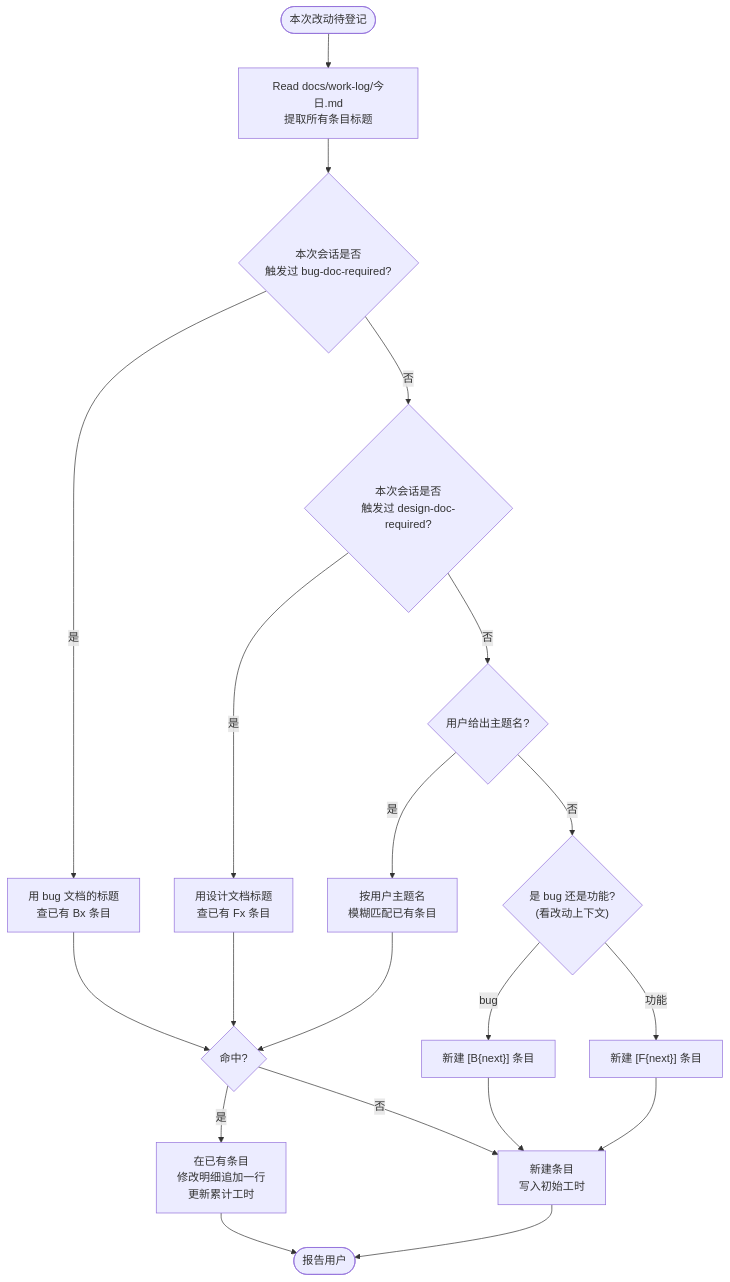
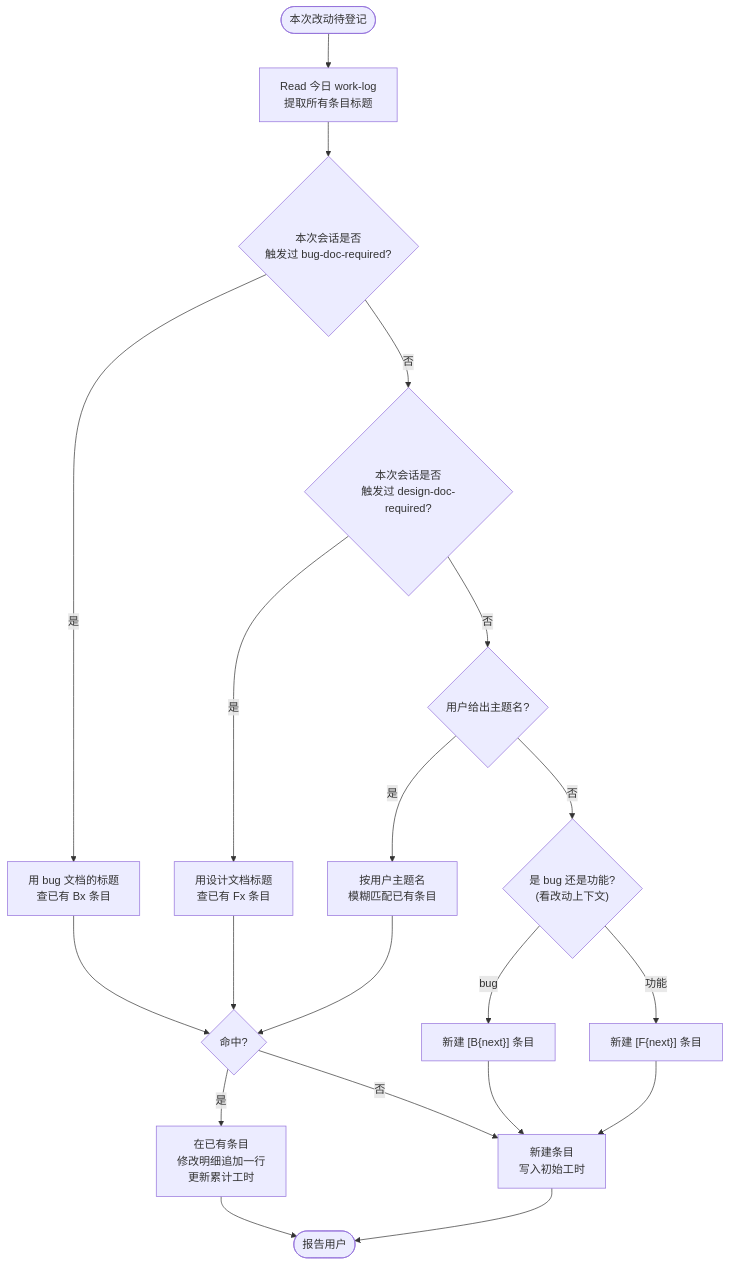
One commit to exception-coder/team-standards changed the first of 2 diagrams in skills/daily-work-log/SKILL.md. Above: the diagram before and after it, drawn with Mermaid. The commit also changed other lines of this file and 11 other files, not shown here.

````diff
--- a/skills/daily-work-log/SKILL.md
+++ b/skills/daily-work-log/SKILL.md
@@ -141,22 +127,22 @@
 ```mermaid
 flowchart TD
-    START(["本次改动待登记"]) --> R["Read docs/work-log/今日.md\n提取所有条目标题"]
+    START(["本次改动待登记"]) --> R["Read 今日 work-log\n提取所有条目标题"]
     R --> Q1{"本次会话是否\n触发过 bug-doc-required?"}
     Q1 -->|"是"| B1["用 bug 文档的标题\n查已有 Bx 条目"]
     Q1 -->|"否"| Q2{"本次会话是否\n触发过 design-doc-required?"}
     Q2 -->|"是"| F1["用设计文档标题\n查已有 Fx 条目"]
     Q2 -->|"否"| Q3{"用户给出主题名?"}
     Q3 -->|"是"| ASK["按用户主题名\n模糊匹配已有条目"]
     Q3 -->|"否"| Q4{"是 bug 还是功能?\n(看改动上下文)"}
     Q4 -->|"bug"| NEWB["新建 [B{next}] 条目"]
     Q4 -->|"功能"| NEWF["新建 [F{next}] 条目"]
     B1 --> MATCH{"命中?"}
     F1 --> MATCH
     ASK --> MATCH
     MATCH -->|"是"| APPEND["在已有条目\n修改明细追加一行\n更新累计工时"]
     MATCH -->|"否"| CREATE["新建条目\n写入初始工时"]
     NEWB --> CREATE
     NEWF --> CREATE
     APPEND --> DONE(["报告用户"])
     CREATE --> DONE
 ```
````
